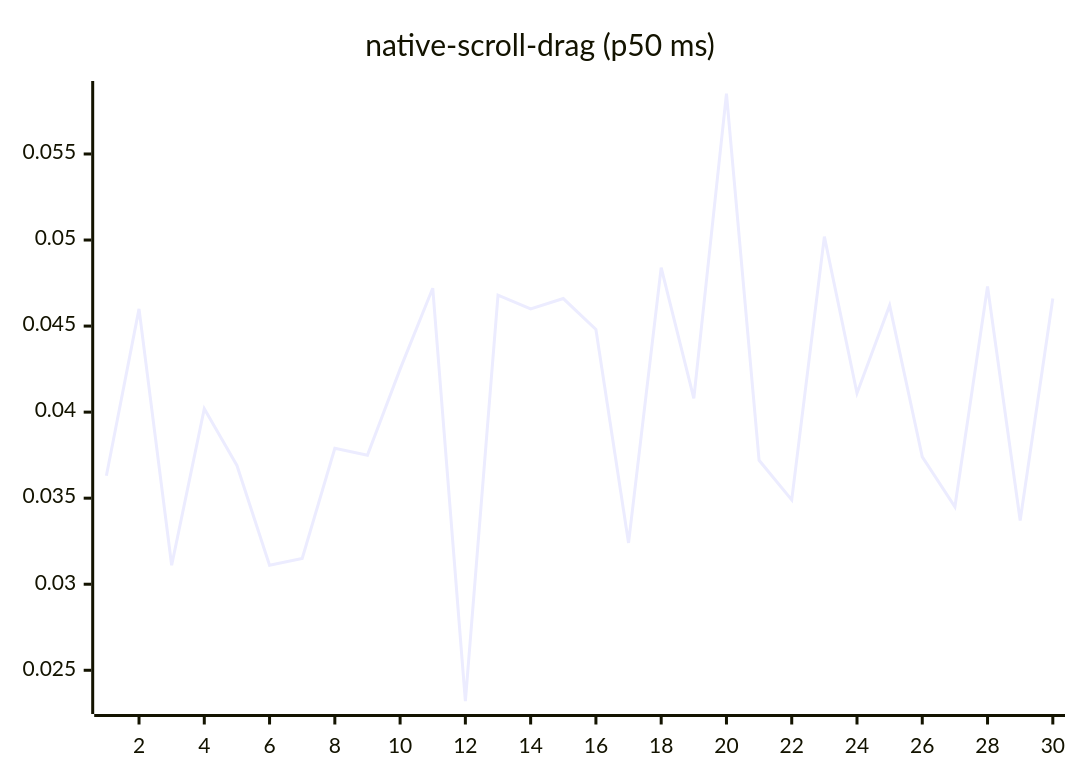
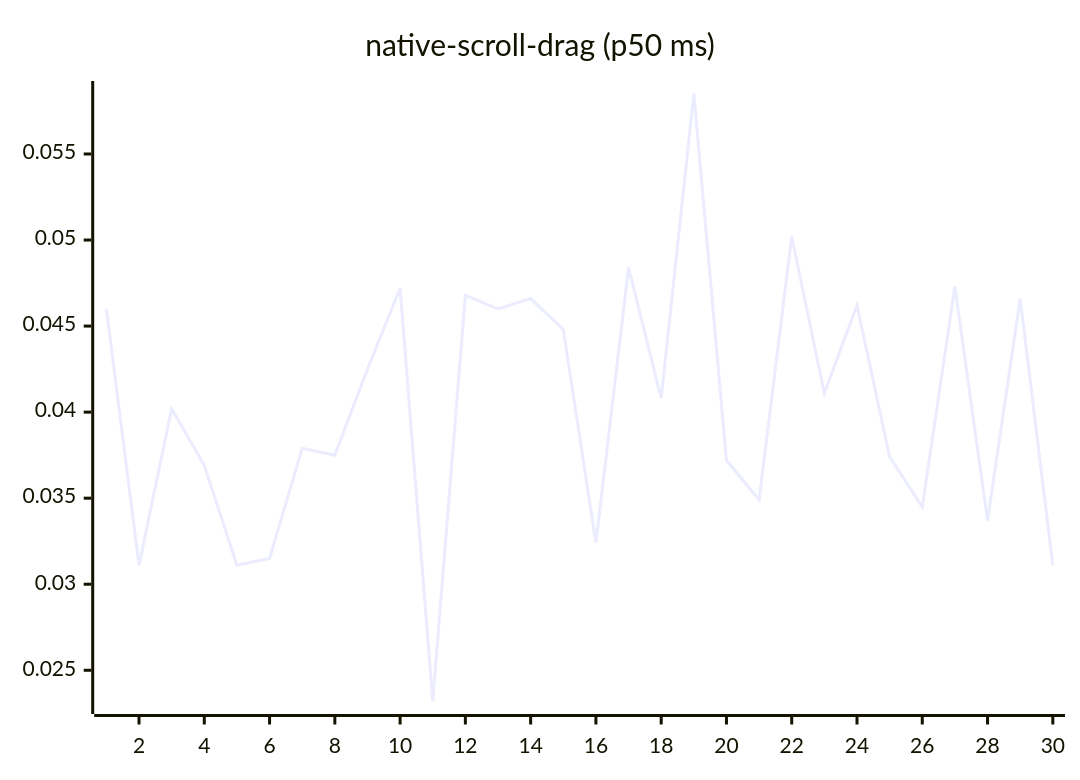
Diagram 14 of 27 in README.md (josha/Facet), drawn with Mermaid before and after one commit. The commit also changed other lines of this file and 2 other files, not shown here.

````diff
--- a/README.md
+++ b/README.md
@@ -154,6 +154,6 @@
 ```mermaid
 xychart-beta
     title "native-scroll-drag (p50 ms)"
     x-axis 1 --> 30
-    line [0.0363, 0.0460, 0.0311, 0.0402, 0.0369, 0.0311, 0.0315, 0.0379, 0.0375, 0.0425, 0.0472, 0.0232, 0.0468, 0.0460, 0.0466, 0.0448, 0.0324, 0.0484, 0.0408, 0.0585, 0.0372, 0.0349, 0.0502, 0.0411, 0.0462, 0.0374, 0.0345, 0.0473, 0.0337, 0.0466]
+    line [0.0460, 0.0311, 0.0402, 0.0369, 0.0311, 0.0315, 0.0379, 0.0375, 0.0425, 0.0472, 0.0232, 0.0468, 0.0460, 0.0466, 0.0448, 0.0324, 0.0484, 0.0408, 0.0585, 0.0372, 0.0349, 0.0502, 0.0411, 0.0462, 0.0374, 0.0345, 0.0473, 0.0337, 0.0466, 0.0311]
 ```
````
